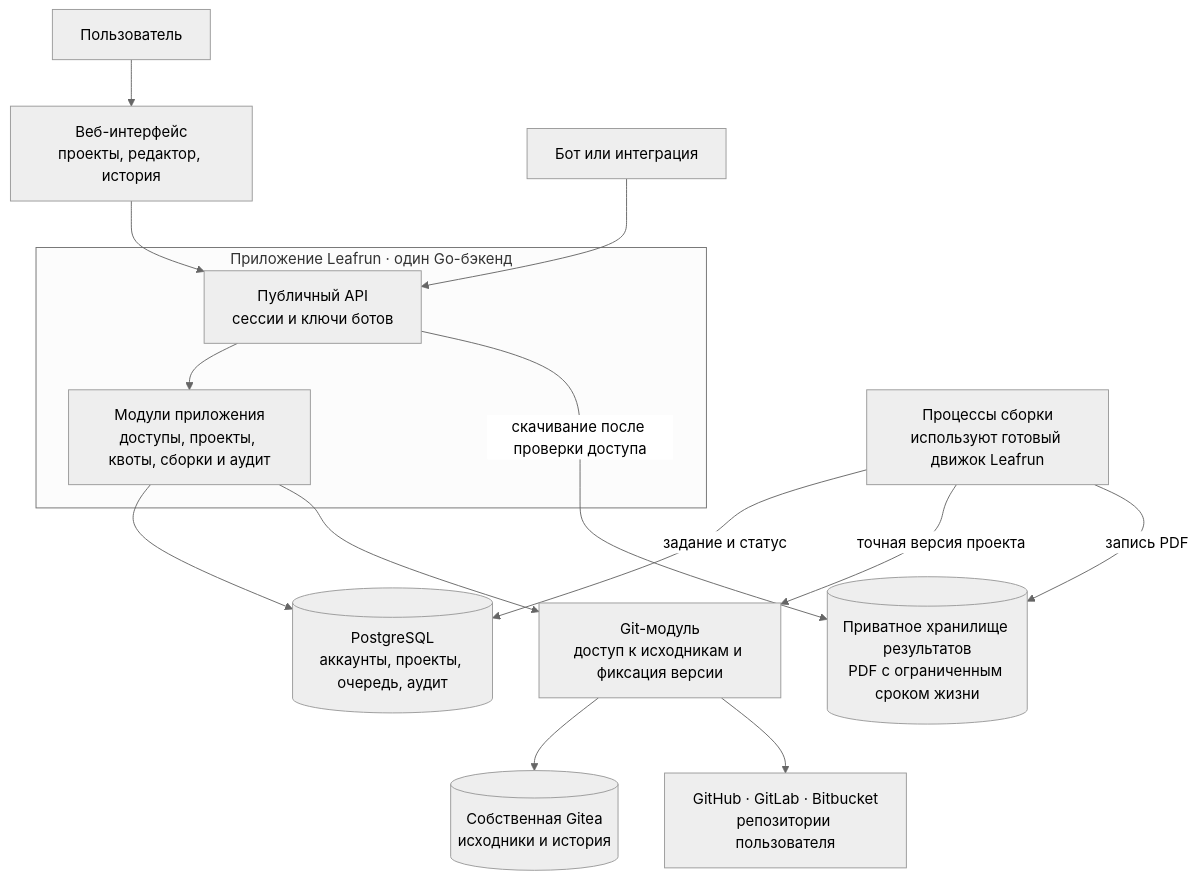
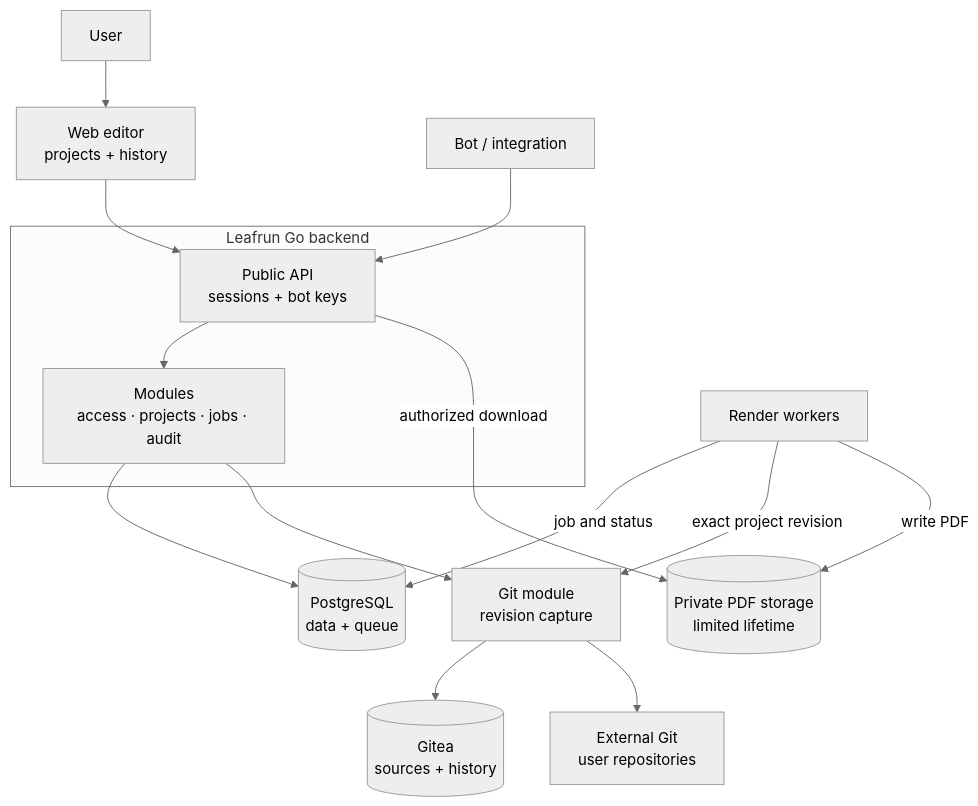
One commit to Feruum/Leafrun changed the first of 5 diagrams in docs/architecture/leafrun-saas-v0.md. Above: the diagram before and after it, drawn with Mermaid (neutral theme). The commit also changed other lines of this file and 38 other files, not shown here.

````diff
--- a/docs/architecture/leafrun-saas-v0.md
+++ b/docs/architecture/leafrun-saas-v0.md
@@ -30,21 +30,21 @@
 ```mermaid
 flowchart TB
-    User["Пользователь"] --> Web["Веб-интерфейс<br/>проекты, редактор, история"]
-    Bot["Бот или интеграция"] --> API
+    User["User"] --> Web["Web editor<br/>projects + history"]
+    Bot["Bot / integration"] --> API
     Web --> API
 
-    subgraph App["Приложение Leafrun · один Go-бэкенд"]
-        API["Публичный API<br/>сессии и ключи ботов"]
-        Core["Модули приложения<br/>доступы, проекты, квоты, сборки и аудит"]
+    subgraph App["Leafrun Go backend"]
+        API["Public API<br/>sessions + bot keys"]
+        Core["Modules<br/>access · projects · jobs · audit"]
         API --> Core
     end
 
-    Core --> DB[("PostgreSQL<br/>аккаунты, проекты, очередь, аудит")]
-    Core --> Git["Git-модуль<br/>доступ к исходникам и фиксация версии"]
-    Git --> Gitea[("Собственная Gitea<br/>исходники и история")]
-    Git --> External["GitHub · GitLab · Bitbucket<br/>репозитории пользователя"]
-    Worker["Процессы сборки<br/>используют готовый движок Leafrun"] -->|"задание и статус"| DB
-    Worker -->|"точная версия проекта"| Git
-    Worker -->|"запись PDF"| Files[("Приватное хранилище результатов<br/>PDF с ограниченным сроком жизни")]
-    API -->|"скачивание после проверки доступа"| Files
+    Core --> DB[("PostgreSQL<br/>data + queue")]
+    Core --> Git["Git module<br/>revision capture"]
+    Git --> Gitea[("Gitea<br/>sources + history")]
+    Git --> External["External Git<br/>user repositories"]
+    Worker["Render workers"] -->|"job and status"| DB
+    Worker -->|"exact project revision"| Git
+    Worker -->|"write PDF"| Files[("Private PDF storage<br/>limited lifetime")]
+    API -->|"authorized download"| Files
 ```
````
